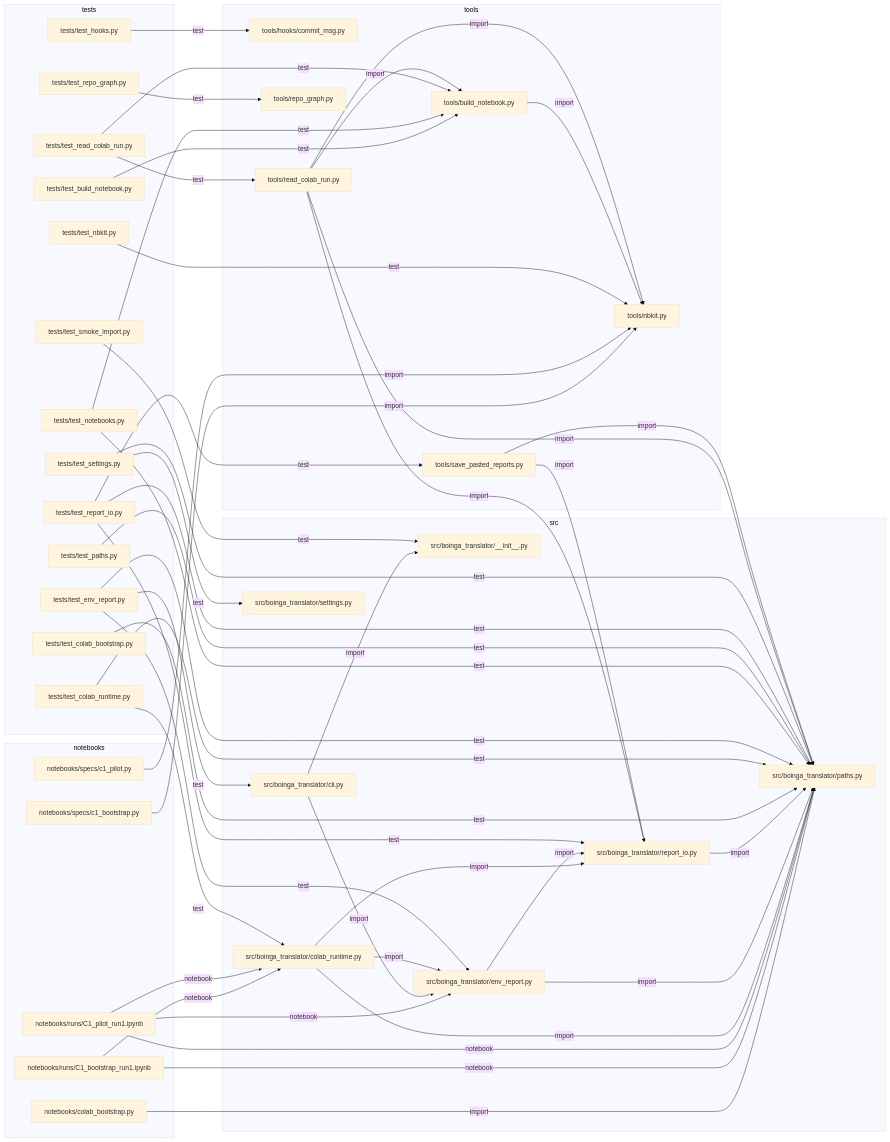
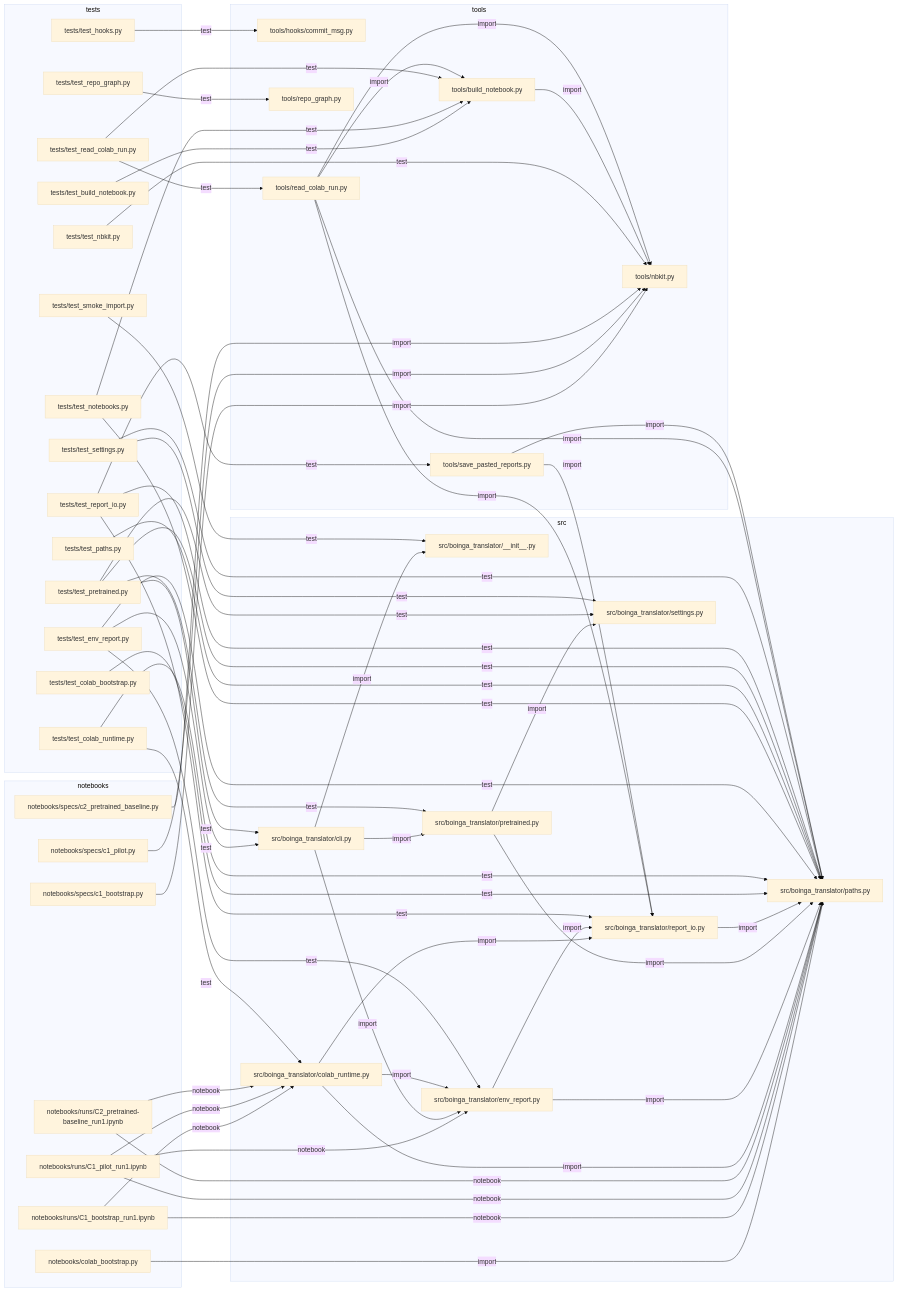
The diagram in docs/REPO_GRAPH.md (asparagusD/boinga-translator), drawn with Mermaid (base theme) before and after one commit. The commit also changed other lines of this file and 7 other files, not shown here.

```diff
--- a/docs/REPO_GRAPH.md
+++ b/docs/REPO_GRAPH.md
@@ -91,8 +95,10 @@
     n_notebooks_colab_bootstrap_py["notebooks/colab_bootstrap.py"]
     n_notebooks_runs_C1_bootstrap_run1_ipynb["notebooks/runs/C1_bootstrap_run1.ipynb"]
     n_notebooks_runs_C1_pilot_run1_ipynb["notebooks/runs/C1_pilot_run1.ipynb"]
+    n_notebooks_runs_C2_pretrained_baseline_run1_ipynb["notebooks/runs/C2_pretrained-baseline_run1.ipynb"]
     n_notebooks_specs_c1_bootstrap_py["notebooks/specs/c1_bootstrap.py"]
     n_notebooks_specs_c1_pilot_py["notebooks/specs/c1_pilot.py"]
+    n_notebooks_specs_c2_pretrained_baseline_py["notebooks/specs/c2_pretrained_baseline.py"]
   end
   subgraph sg_src["src"]
     n_src_boinga_translator___init___py["src/boinga_translator/__init__.py"]
@@ -100,6 +106,7 @@
     n_src_boinga_translator_colab_runtime_py["src/boinga_translator/colab_runtime.py"]
     n_src_boinga_translator_env_report_py["src/boinga_translator/env_report.py"]
     n_src_boinga_translator_paths_py["src/boinga_translator/paths.py"]
+    n_src_boinga_translator_pretrained_py["src/boinga_translator/pretrained.py"]
     n_src_boinga_translator_report_io_py["src/boinga_translator/report_io.py"]
     n_src_boinga_translator_settings_py["src/boinga_translator/settings.py"]
   end
@@ -112,6 +119,7 @@
     n_tests_test_nbkit_py["tests/test_nbkit.py"]
     n_tests_test_notebooks_py["tests/test_notebooks.py"]
     n_tests_test_paths_py["tests/test_paths.py"]
+    n_tests_test_pretrained_py["tests/test_pretrained.py"]
     n_tests_test_read_colab_run_py["tests/test_read_colab_run.py"]
     n_tests_test_repo_graph_py["tests/test_repo_graph.py"]
     n_tests_test_report_io_py["tests/test_report_io.py"]
@@ -132,15 +140,21 @@
   n_notebooks_runs_C1_pilot_run1_ipynb -->|notebook| n_src_boinga_translator_colab_runtime_py
   n_notebooks_runs_C1_pilot_run1_ipynb -->|notebook| n_src_boinga_translator_env_report_py
   n_notebooks_runs_C1_pilot_run1_ipynb -->|notebook| n_src_boinga_translator_paths_py
+  n_notebooks_runs_C2_pretrained_baseline_run1_ipynb -->|notebook| n_src_boinga_translator_colab_runtime_py
+  n_notebooks_runs_C2_pretrained_baseline_run1_ipynb -->|notebook| n_src_boinga_translator_paths_py
   n_notebooks_specs_c1_bootstrap_py -->|import| n_tools_nbkit_py
   n_notebooks_specs_c1_pilot_py -->|import| n_tools_nbkit_py
+  n_notebooks_specs_c2_pretrained_baseline_py -->|import| n_tools_nbkit_py
   n_src_boinga_translator_cli_py -->|import| n_src_boinga_translator___init___py
   n_src_boinga_translator_cli_py -->|import| n_src_boinga_translator_env_report_py
+  n_src_boinga_translator_cli_py -->|import| n_src_boinga_translator_pretrained_py
   n_src_boinga_translator_colab_runtime_py -->|import| n_src_boinga_translator_env_report_py
   n_src_boinga_translator_colab_runtime_py -->|import| n_src_boinga_translator_paths_py
   n_src_boinga_translator_colab_runtime_py -->|import| n_src_boinga_translator_report_io_py
   n_src_boinga_translator_env_report_py -->|import| n_src_boinga_translator_paths_py
   n_src_boinga_translator_env_report_py -->|import| n_src_boinga_translator_report_io_py
+  n_src_boinga_translator_pretrained_py -->|import| n_src_boinga_translator_paths_py
+  n_src_boinga_translator_pretrained_py -->|import| n_src_boinga_translator_settings_py
   n_src_boinga_translator_report_io_py -->|import| n_src_boinga_translator_paths_py
   n_tests_test_build_notebook_py -->|test| n_tools_build_notebook_py
   n_tests_test_colab_bootstrap_py -->|test| n_src_boinga_translator_paths_py
@@ -154,6 +168,10 @@
   n_tests_test_notebooks_py -->|test| n_src_boinga_translator_paths_py
   n_tests_test_notebooks_py -->|test| n_tools_build_notebook_py
   n_tests_test_paths_py -->|test| n_src_boinga_translator_paths_py
+  n_tests_test_pretrained_py -->|test| n_src_boinga_translator_cli_py
+  n_tests_test_pretrained_py -->|test| n_src_boinga_translator_paths_py
+  n_tests_test_pretrained_py -->|test| n_src_boinga_translator_pretrained_py
+  n_tests_test_pretrained_py -->|test| n_src_boinga_translator_settings_py
   n_tests_test_read_colab_run_py -->|test| n_tools_build_notebook_py
   n_tests_test_read_colab_run_py -->|test| n_tools_read_colab_run_py
   n_tests_test_repo_graph_py -->|test| n_tools_repo_graph_py
```
